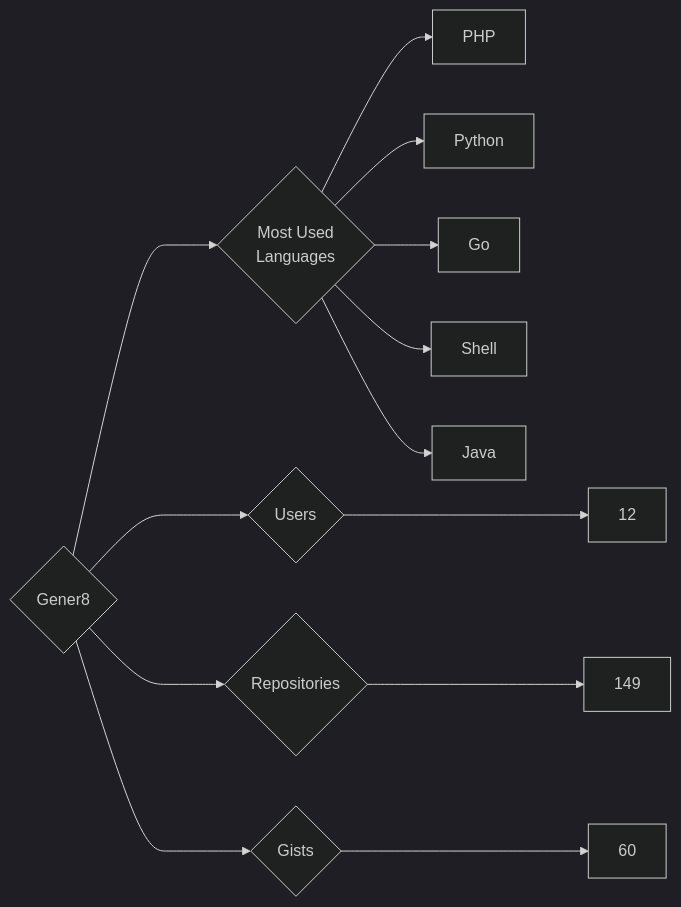
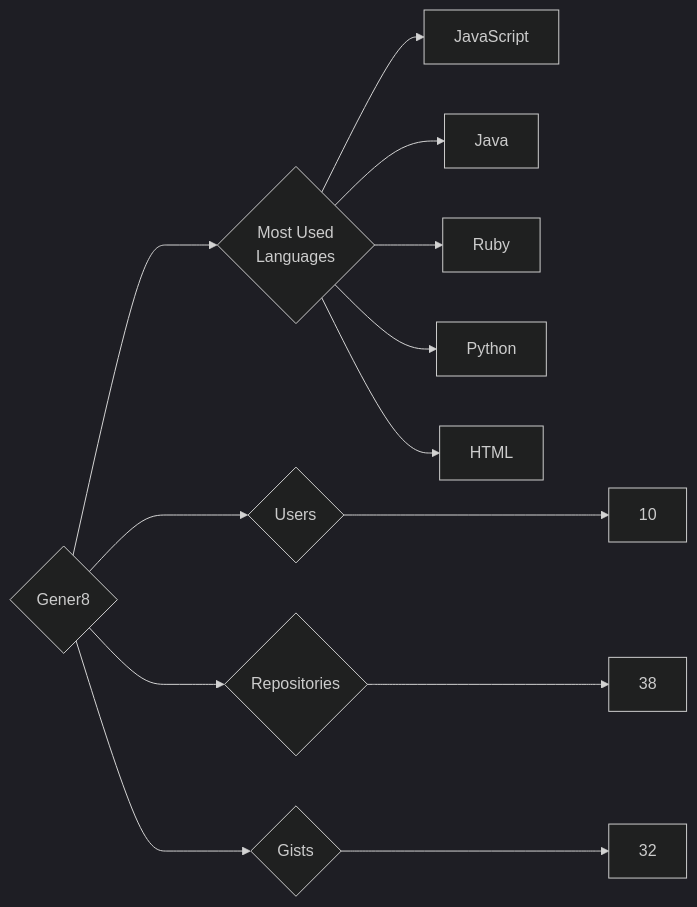
Before and after one commit to trickest/insiders: the diagram in targets/Gener8/README.md, drawn with Mermaid (dark theme). The commit also changed 826 other files, not shown here.

````diff
--- a/targets/Gener8/README.md
+++ b/targets/Gener8/README.md
@@ -3,13 +3,13 @@
 ```mermaid
 graph LR
 COMPANY_NAME{Gener8}
-COMPANY_NAME ---> U{Users} ---> UN[12]
-COMPANY_NAME ---> R{Repositories} ---> RN[149]
-COMPANY_NAME ---> G{Gists} ---> GN[60]
+COMPANY_NAME ---> U{Users} ---> UN[10]
+COMPANY_NAME ---> R{Repositories} ---> RN[38]
+COMPANY_NAME ---> G{Gists} ---> GN[32]
 COMPANY_NAME ---> ML{Most Used<br>Languages}
-ML --> PHP[PHP]
+ML --> JavaScript[JavaScript]
+ML --> Java[Java]
+ML --> Ruby[Ruby]
 ML --> Python[Python]
-ML --> Go[Go]
-ML --> Shell[Shell]
-ML --> Java[Java]
+ML --> HTML[HTML]
 ```
````
